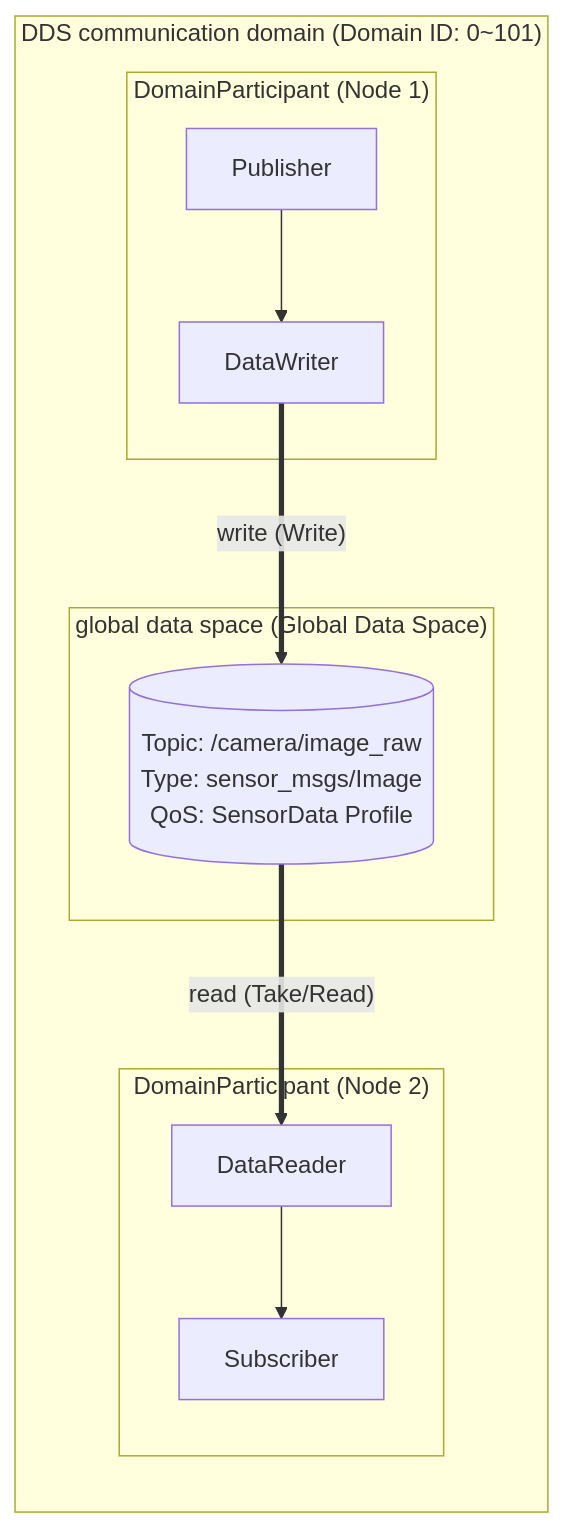
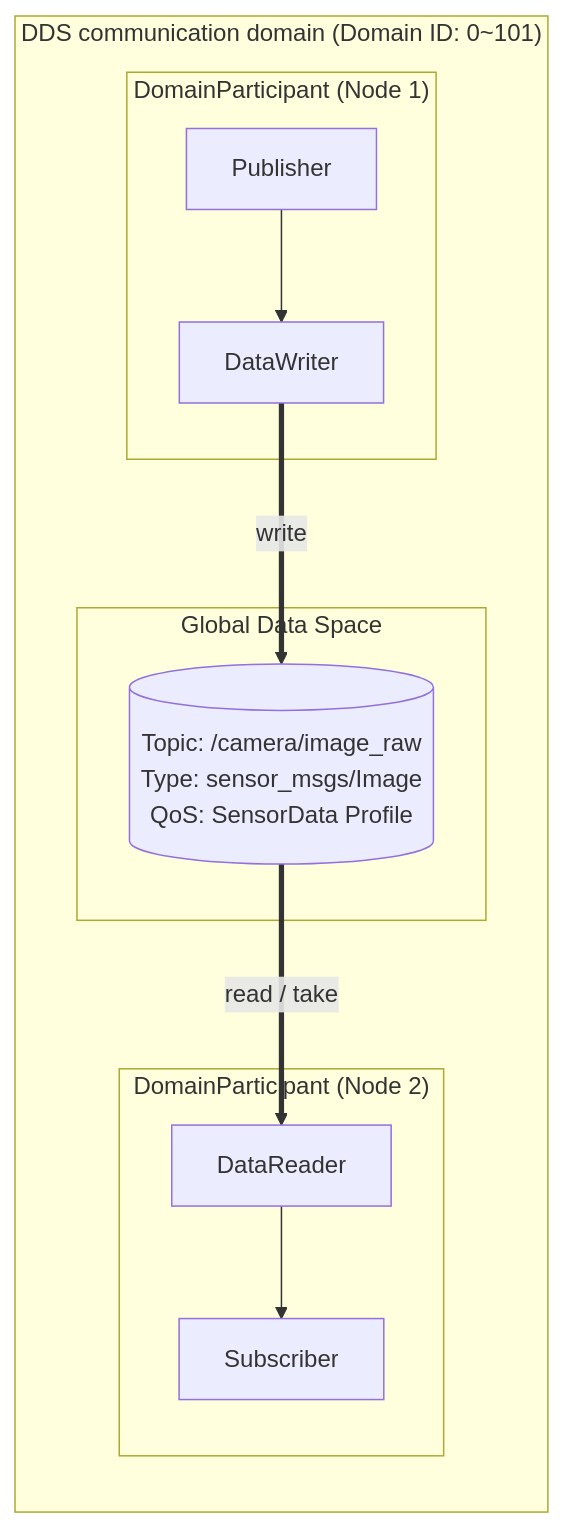
One commit to TingdeLiu/tingdeliu.github.io changed the third of 21 diagrams in _translations/en/research/ROS2-Survey.md. Above: the diagram before and after it, drawn with Mermaid. The commit also changed other lines of this file and 51 other files, not shown here.

````diff
--- a/_translations/en/research/ROS2-Survey.md
+++ b/_translations/en/research/ROS2-Survey.md
@@ -178,19 +178,19 @@
 ```mermaid
 flowchart LR
     subgraph Domain["DDS communication domain (Domain ID: 0~101)"]
         subgraph Participant1["DomainParticipant (Node 1)"]
             Pub["Publisher"] --> DW["DataWriter"]
         end
 
-        subgraph GlobalDataSpace["global data space (Global Data Space)"]
+        subgraph GlobalDataSpace["Global Data Space"]
             TopicData[("Topic: /camera/image_raw<br/>Type: sensor_msgs/Image<br/>QoS: SensorData Profile")]
         end
 
         subgraph Participant2["DomainParticipant (Node 2)"]
             DR["DataReader"] --> Sub["Subscriber"]
         end
 
-        DW ==>|"write (Write)"| TopicData
-        TopicData ==>|"read (Take/Read)"| DR
+        DW ==>|"write"| TopicData
+        TopicData ==>|"read / take"| DR
     end
 ```
````
